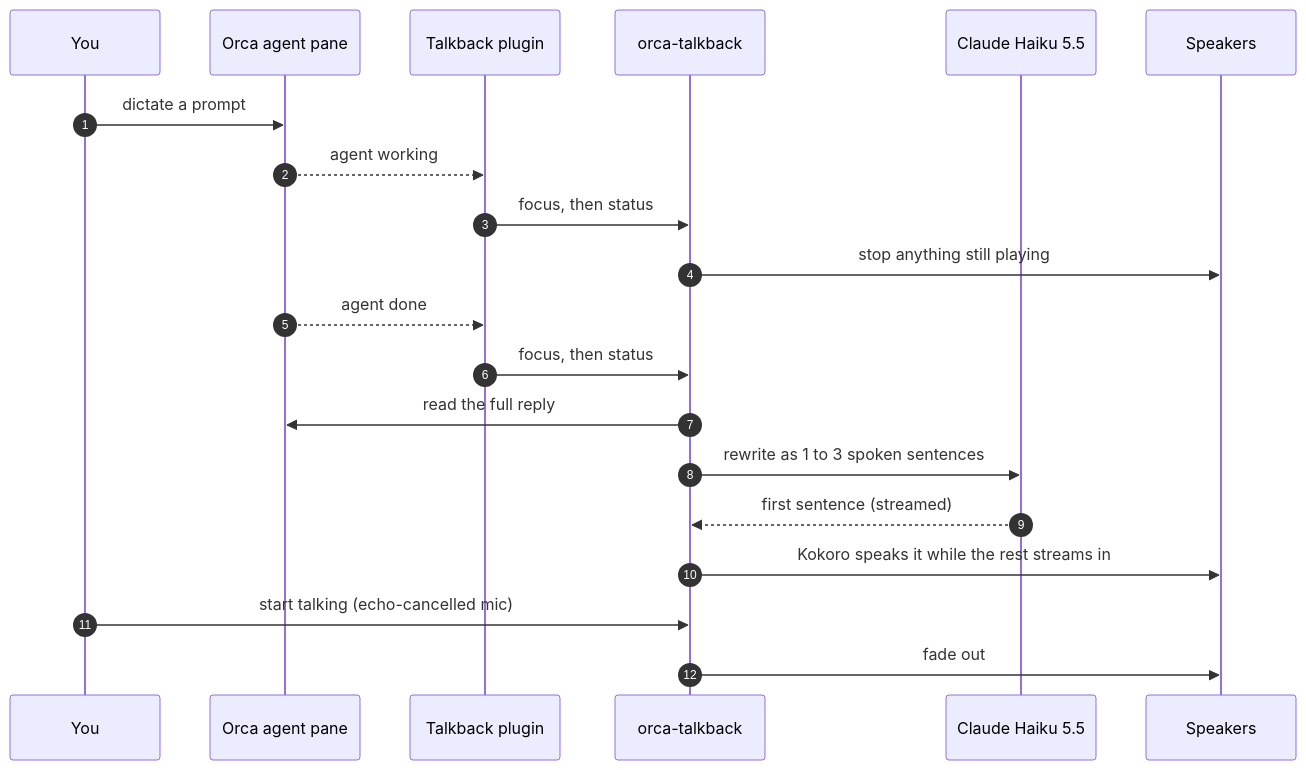
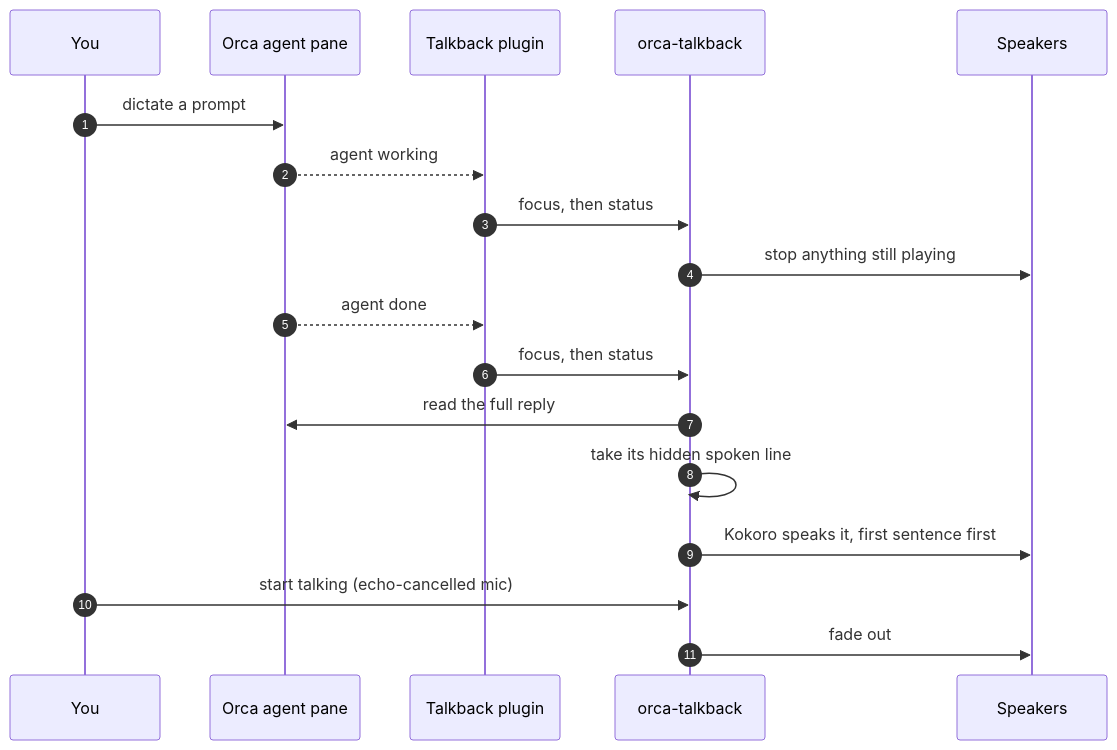
The diagram in README.md (CallumJMac/orca-talkback), drawn with Mermaid before and after one commit. The commit also changed other lines of this file and 8 other files, not shown here.

First line of the commit message:
Remove the model rewrite: speak the agent's spoken line or the cleaned-up reply

````diff
--- a/README.md
+++ b/README.md
@@ -106,23 +105,21 @@
 ```mermaid
 sequenceDiagram
     autonumber
     participant You
     participant Orca as Orca agent pane
     participant Plugin as Talkback plugin
     participant Daemon as orca-talkback
-    participant Haiku as Claude Haiku 5.5
     participant Speakers
 
     You->>Orca: dictate a prompt
     Orca-->>Plugin: agent working
     Plugin->>Daemon: focus, then status
     Daemon->>Speakers: stop anything still playing
     Orca-->>Plugin: agent done
     Plugin->>Daemon: focus, then status
     Daemon->>Orca: read the full reply
-    Daemon->>Haiku: rewrite as 1 to 3 spoken sentences
-    Haiku-->>Daemon: first sentence (streamed)
-    Daemon->>Speakers: Kokoro speaks it while the rest streams in
+    Daemon->>Daemon: take its hidden spoken line
+    Daemon->>Speakers: Kokoro speaks it, first sentence first
     You->>Daemon: start talking (echo-cancelled mic)
     Daemon->>Speakers: fade out
 ```
````
